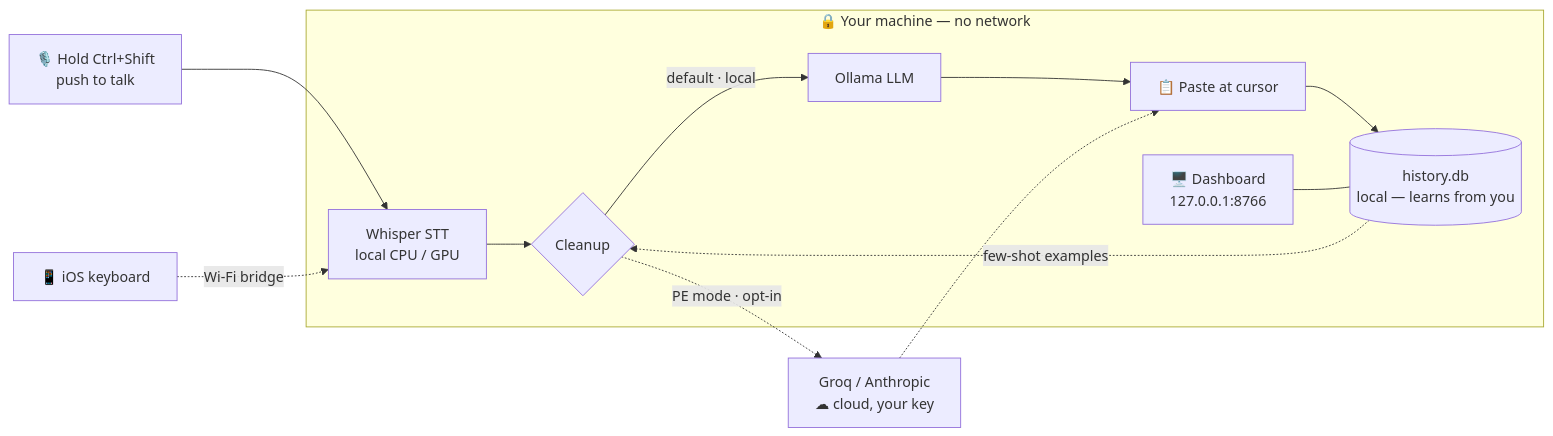
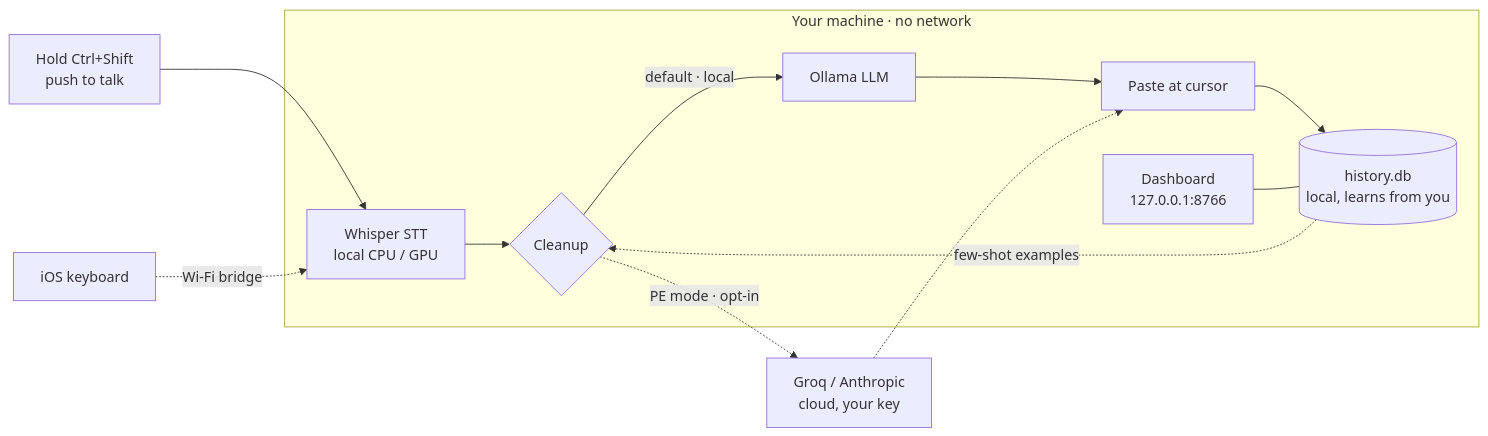
The second of 3 diagrams in README.md (JOhnsonKC201/Echo_FLOW), drawn with Mermaid before and after one commit. The commit also changed other lines of this file and 1 other file, not shown here.

````diff
--- a/README.md
+++ b/README.md
@@ -161,22 +161,22 @@
 ```mermaid
 flowchart LR
-    A["🎙️ Hold Ctrl+Shift<br/>push to talk"] --> B["Whisper STT<br/>local CPU / GPU"]
+    A["Hold Ctrl+Shift<br/>push to talk"] --> B["Whisper STT<br/>local CPU / GPU"]
     B --> C{"Cleanup"}
     C -->|"default · local"| D["Ollama LLM"]
-    C -.->|"PE mode · opt-in"| E["Groq / Anthropic<br/>☁ cloud, your key"]
-    D --> F["📋 Paste at cursor"]
+    C -.->|"PE mode · opt-in"| E["Groq / Anthropic<br/>cloud, your key"]
+    D --> F["Paste at cursor"]
     E -.-> F
-    F --> G[("history.db<br/>local — learns from you")]
+    F --> G[("history.db<br/>local, learns from you")]
     G -.->|"few-shot examples"| C
-    P["📱 iOS keyboard"] -.->|"Wi-Fi bridge"| B
-    DB["🖥️ Dashboard<br/>127.0.0.1:8766"] --- G
+    P["iOS keyboard"] -.->|"Wi-Fi bridge"| B
+    DB["Dashboard<br/>127.0.0.1:8766"] --- G
 
-    subgraph LOCAL["🔒 Your machine — no network"]
+    subgraph LOCAL["Your machine · no network"]
         B
         C
         D
         F
         G
         DB
     end
 ```
````
